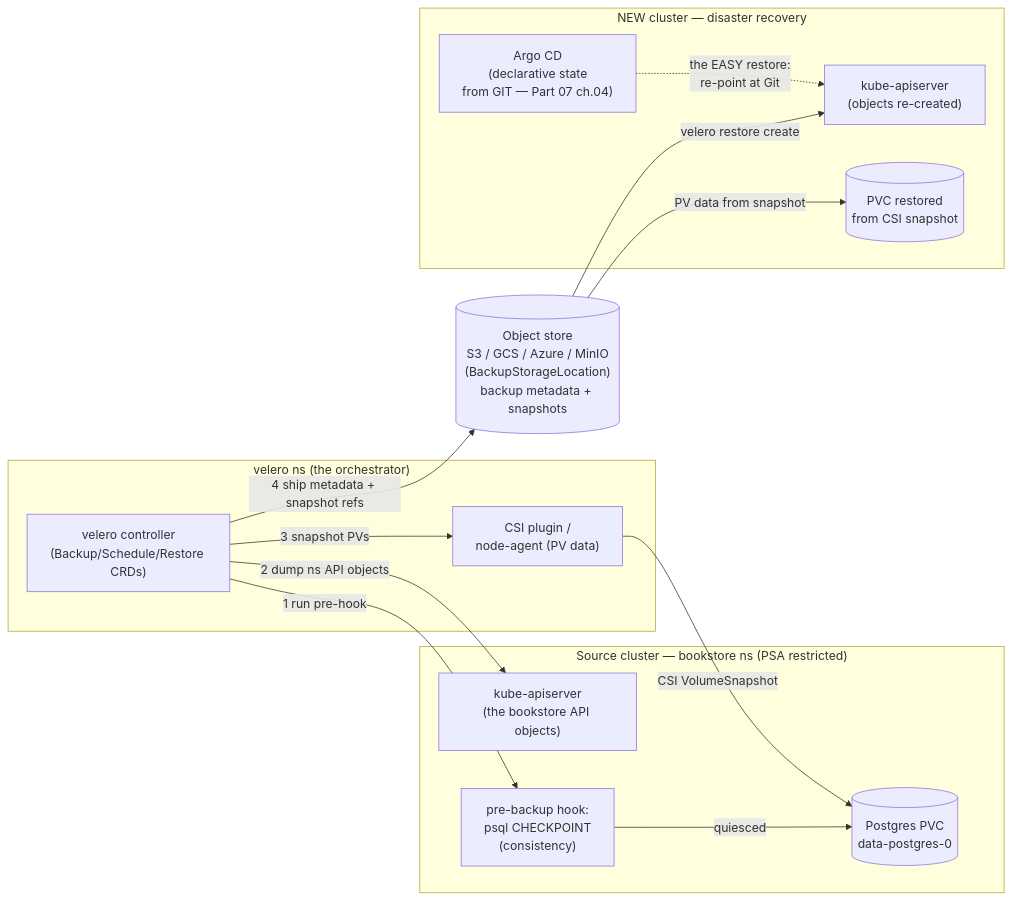
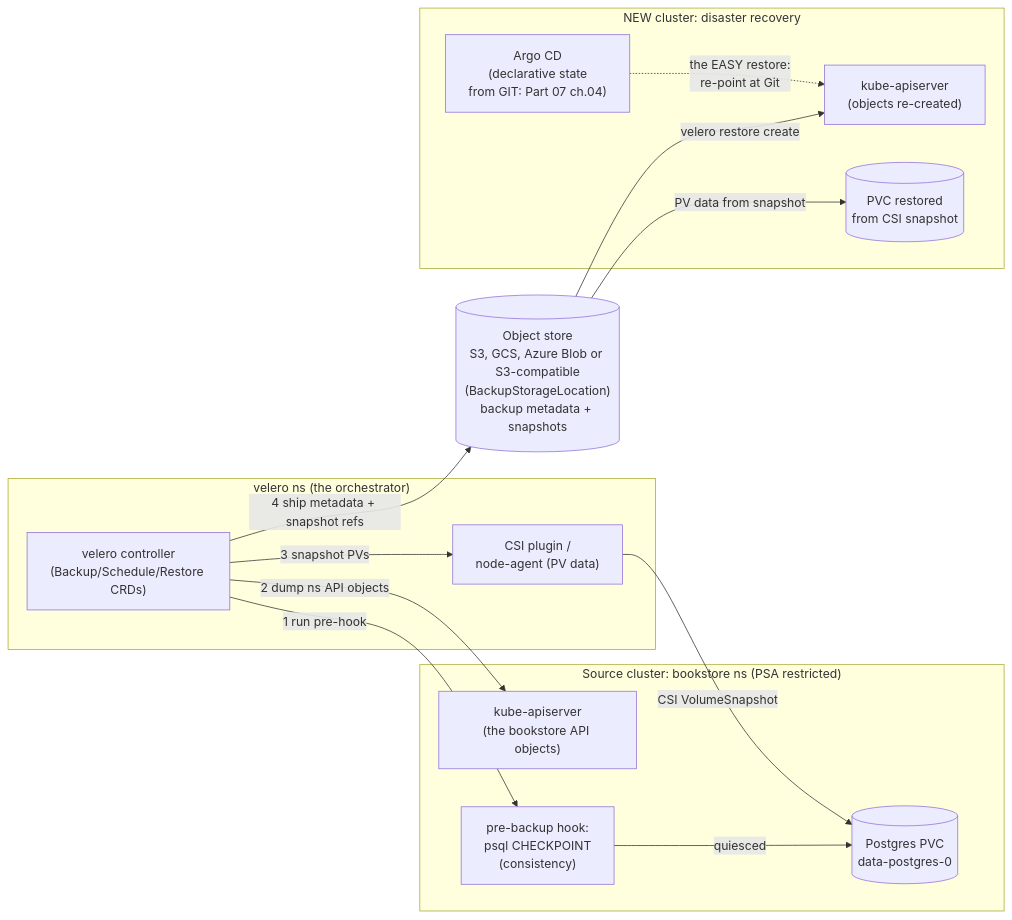
Before and after one commit to abd-ulbasit/bookstore-kubernetes-guide: the diagram in full-guide/08-day-2-operations/02-backup-and-dr.md, drawn with Mermaid. The commit also changed other lines of this file and 6 other files, not shown here.

````diff
--- a/full-guide/08-day-2-operations/02-backup-and-dr.md
+++ b/full-guide/08-day-2-operations/02-backup-and-dr.md
@@ -101,31 +118,31 @@
 ```mermaid
 flowchart LR
-    subgraph src["Source cluster — bookstore ns (PSA restricted)"]
+    subgraph src["Source cluster: bookstore ns (PSA restricted)"]
       api1["kube-apiserver<br/>(the bookstore API objects)"]
       pvc[("Postgres PVC<br/>data-postgres-0")]
       hook["pre-backup hook:<br/>psql CHECKPOINT<br/>(consistency)"]
     end
 
     subgraph vel["velero ns (the orchestrator)"]
       ctrl["velero controller<br/>(Backup/Schedule/Restore CRDs)"]
       csi["CSI plugin /<br/>node-agent (PV data)"]
     end
 
-    store[("Object store<br/>S3 / GCS / Azure / MinIO<br/>(BackupStorageLocation)<br/>backup metadata + snapshots")]
+    store[("Object store<br/>S3, GCS, Azure Blob or S3-compatible<br/>(BackupStorageLocation)<br/>backup metadata + snapshots")]
 
-    subgraph dst["NEW cluster — disaster recovery"]
+    subgraph dst["NEW cluster: disaster recovery"]
       api2["kube-apiserver<br/>(objects re-created)"]
       pvc2[("PVC restored<br/>from CSI snapshot")]
-      argo["Argo CD<br/>(declarative state<br/>from GIT — Part 07 ch.04)"]
+      argo["Argo CD<br/>(declarative state<br/>from GIT: Part 07 ch.04)"]
     end
 
     ctrl -->|"1 run pre-hook"| hook
     hook -->|"quiesced"| pvc
     ctrl -->|"2 dump ns API objects"| api1
     ctrl -->|"3 snapshot PVs"| csi
     csi -->|"CSI VolumeSnapshot"| pvc
     ctrl -->|"4 ship metadata + snapshot refs"| store
     store -->|"velero restore create"| api2
     store -->|"PV data from snapshot"| pvc2
     argo -.->|"the EASY restore:<br/>re-point at Git"| api2
 ```
````
